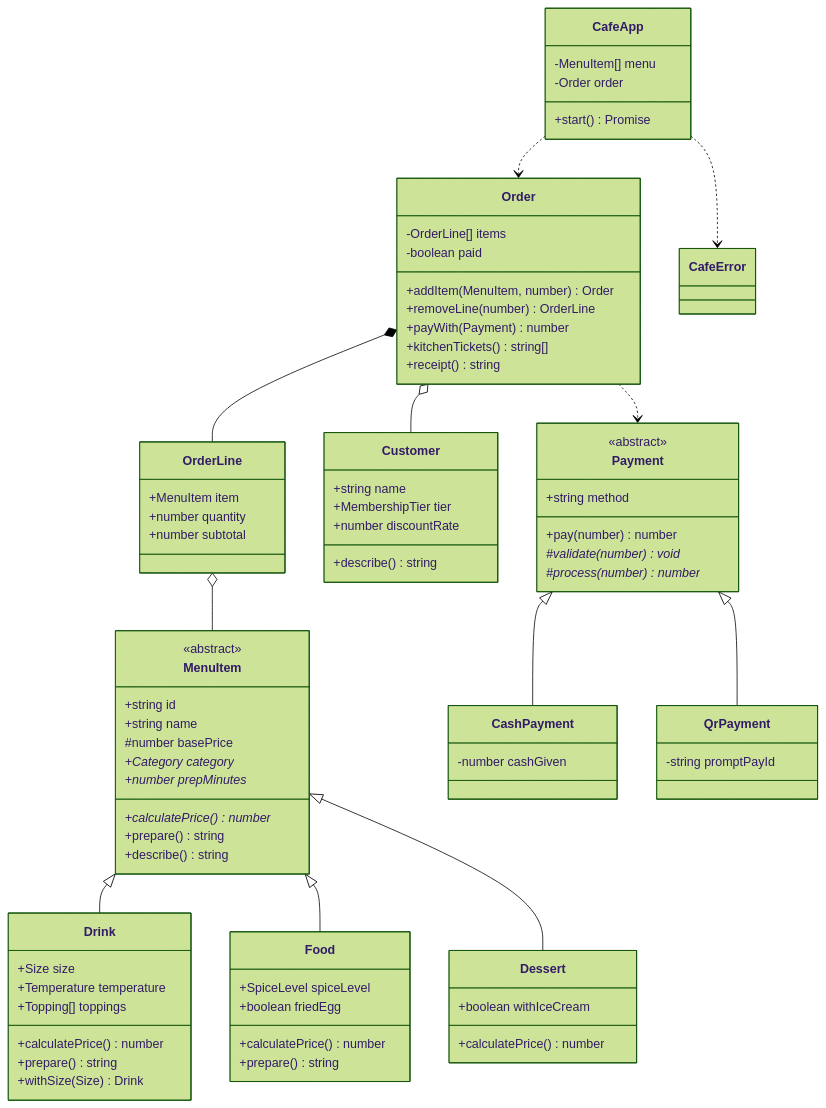
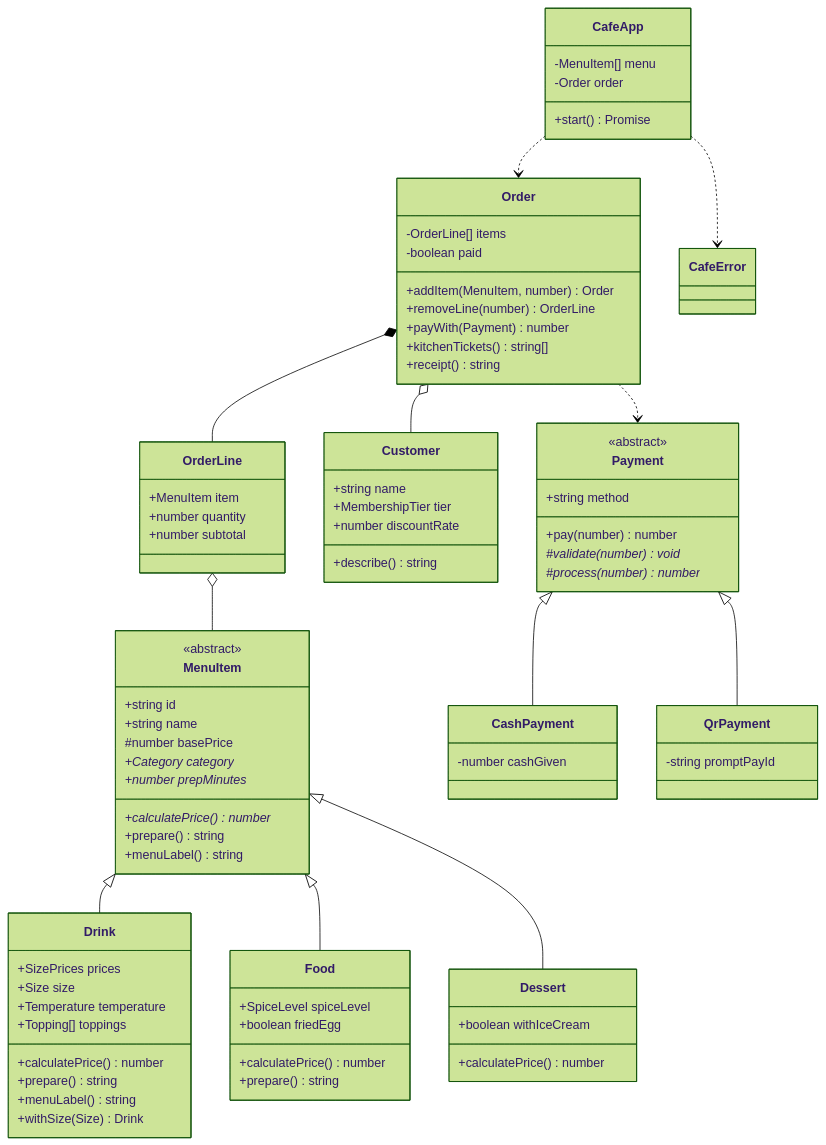
The diagram in README.md (Jester1478/ProjectOOP), drawn with Mermaid (forest theme) before and after one commit. The commit also changed other lines of this file and 8 other files, not shown here.

```diff
--- a/README.md
+++ b/README.md
@@ -58,14 +58,16 @@
         +number prepMinutes*
         +calculatePrice()* number
         +prepare() string
-        +describe() string
+        +menuLabel() string
     }
     class Drink {
+        +SizePrices prices
         +Size size
         +Temperature temperature
         +Topping[] toppings
         +calculatePrice() number
         +prepare() string
+        +menuLabel() string
         +withSize(Size) Drink
     }
     class Food {
```
